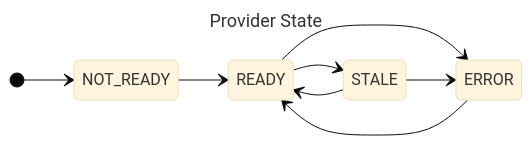
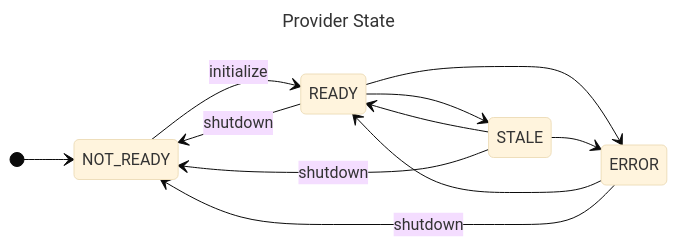
Before and after one commit to open-feature/spec: the diagram in specification/sections/02-providers.md, drawn with Mermaid (base theme). The commit also changed other lines of this file and 1 other file, not shown here.

Commit message:
feat: NOT_READY after provider shutdown (#216)

````diff
--- a/specification/sections/02-providers.md
+++ b/specification/sections/02-providers.md
@@ -199,14 +199,17 @@
 ```mermaid
 ---
 title: Provider State
 ---
 stateDiagram-v2
     direction LR
     [*] --> NOT_READY
-    NOT_READY --> READY
+    NOT_READY --> READY:initialize
     READY --> ERROR
     ERROR --> READY
     READY --> STALE
     STALE --> READY
     STALE --> ERROR
+    READY --> NOT_READY:shutdown
+    STALE --> NOT_READY:shutdown
+    ERROR --> NOT_READY:shutdown
 ```
````
